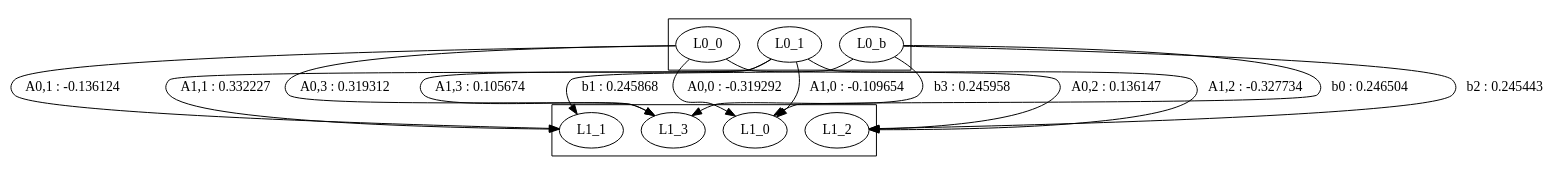
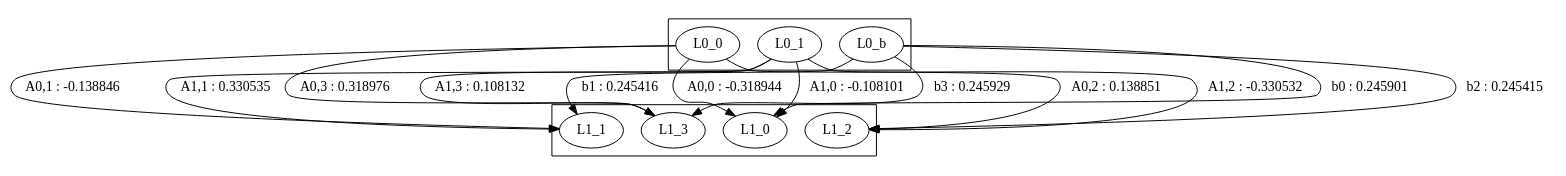
One commit to alex6792/ImageProcessingLib changed the diagram in test.dot. Above: the diagram before and after it, drawn with Graphviz. The commit also changed 190 other files, not shown here.

```diff
--- a/test.dot
+++ b/test.dot
@@ -1,25 +1,25 @@
 digraph G {
 	subgraph cluster_0 {
 		L0_0;
 		L0_1;
 		L0_b;
 	}
 	subgraph cluster_1 {
 		L1_0;
 		L1_1;
 		L1_2;
 		L1_3;
 	}
-	L0_0->L1_0 [label = "A0,0 : -0.319292" ];
-	L0_1->L1_0 [label = "A1,0 : -0.109654" ];
-	L0_b->L1_0 [label = "b0 : 0.246504" ];
-	L0_0->L1_1 [label = "A0,1 : -0.136124" ];
-	L0_1->L1_1 [label = "A1,1 : 0.332227" ];
-	L0_b->L1_1 [label = "b1 : 0.245868" ];
-	L0_0->L1_2 [label = "A0,2 : 0.136147" ];
-	L0_1->L1_2 [label = "A1,2 : -0.327734" ];
-	L0_b->L1_2 [label = "b2 : 0.245443" ];
-	L0_0->L1_3 [label = "A0,3 : 0.319312" ];
-	L0_1->L1_3 [label = "A1,3 : 0.105674" ];
-	L0_b->L1_3 [label = "b3 : 0.245958" ];
+	L0_0->L1_0 [label = "A0,0 : -0.318944" ];
+	L0_1->L1_0 [label = "A1,0 : -0.108101" ];
+	L0_b->L1_0 [label = "b0 : 0.245901" ];
+	L0_0->L1_1 [label = "A0,1 : -0.138846" ];
+	L0_1->L1_1 [label = "A1,1 : 0.330535" ];
+	L0_b->L1_1 [label = "b1 : 0.245416" ];
+	L0_0->L1_2 [label = "A0,2 : 0.138851" ];
+	L0_1->L1_2 [label = "A1,2 : -0.330532" ];
+	L0_b->L1_2 [label = "b2 : 0.245415" ];
+	L0_0->L1_3 [label = "A0,3 : 0.318976" ];
+	L0_1->L1_3 [label = "A1,3 : 0.108132" ];
+	L0_b->L1_3 [label = "b3 : 0.245929" ];
 }
```
